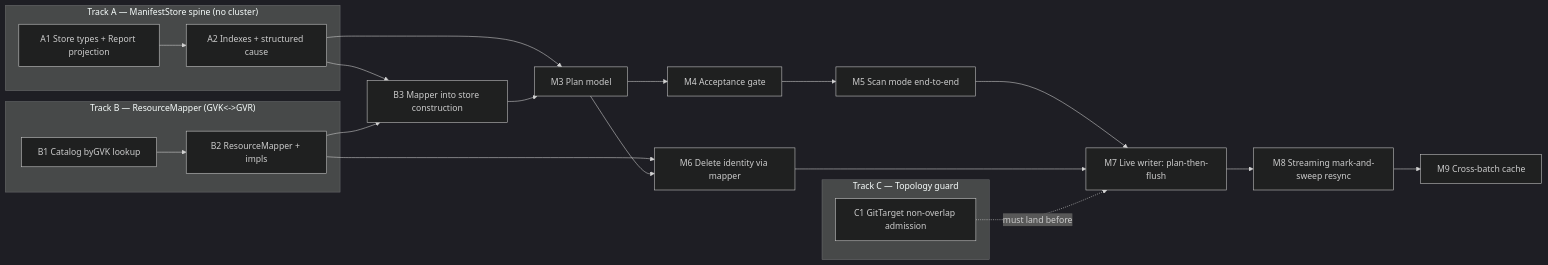
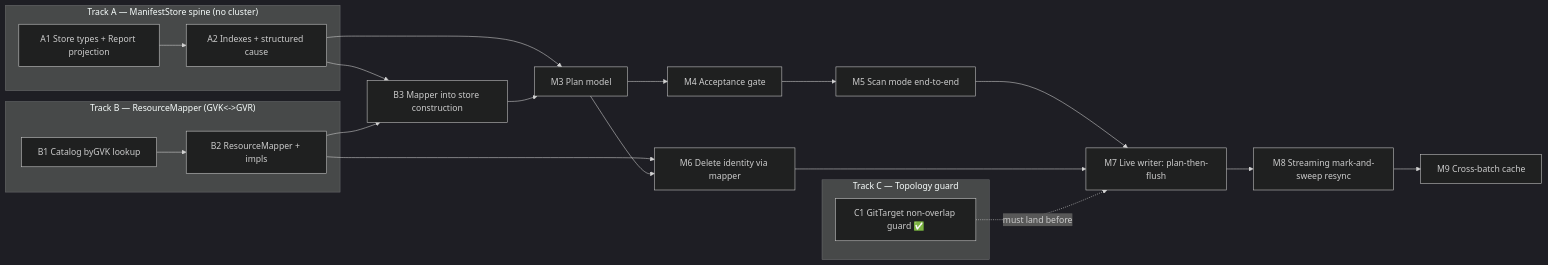
The diagram in docs/design/manifest/implementation-plan.md (ConfigButler/gitops-reverser), drawn with Mermaid (dark theme) before and after one commit. The commit also changed other lines of this file and 7 other files, not shown here.

````diff
--- a/docs/design/manifest/implementation-plan.md
+++ b/docs/design/manifest/implementation-plan.md
@@ -34,26 +34,26 @@
 ```mermaid
 flowchart LR
     subgraph TrackA["Track A — ManifestStore spine (no cluster)"]
         A1[A1 Store types + Report projection] --> A2[A2 Indexes + structured cause]
     end
     subgraph TrackB["Track B — ResourceMapper (GVK<->GVR)"]
         B1[B1 Catalog byGVK lookup] --> B2[B2 ResourceMapper + impls]
     end
     subgraph TrackC["Track C — Topology guard"]
-        C1[C1 GitTarget non-overlap admission]
+        C1[C1 GitTarget non-overlap guard ✅]
     end
 
     A2 --> B3[B3 Mapper into store construction]
     B2 --> B3
     A2 --> M3[M3 Plan model]
     B3 --> M3
     M3 --> M4[M4 Acceptance gate]
     M4 --> M5[M5 Scan mode end-to-end]
     B2 --> M6[M6 Delete identity via mapper]
     M3 --> M6
     M5 --> M7[M7 Live writer: plan-then-flush]
     M6 --> M7
     C1 -.must land before.-> M7
     M7 --> M8[M8 Streaming mark-and-sweep resync]
     M8 --> M9[M9 Cross-batch cache]
 ```
````
